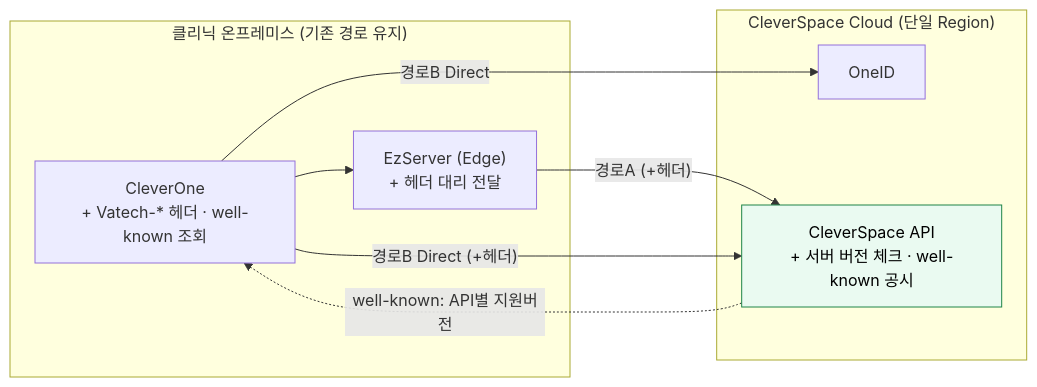
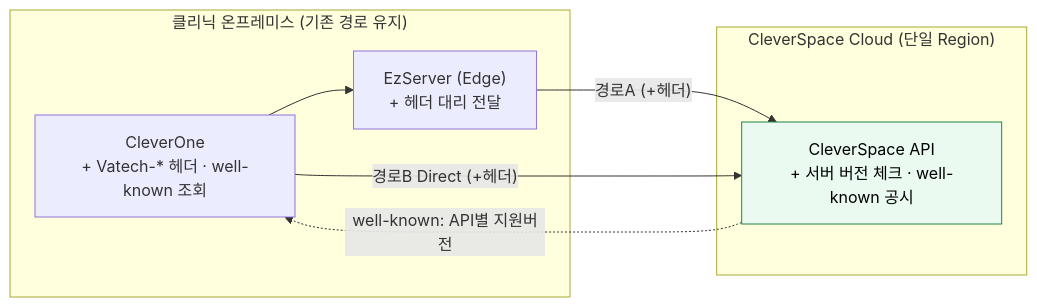
Before and after one commit to gracegyu/scp-architecture: the eighth of 14 diagrams in docs/VT_API_Gateway/08.VT_API_Gateway/VT API Gateway — PRD (v2)/VT API Gateway — 개발 Roadmap 결정.md, drawn with Mermaid. The commit also changed other lines of this file and 17 other files, not shown here.

````diff
--- a/docs/VT_API_Gateway/08.VT_API_Gateway/VT API Gateway — PRD (v2)/VT API Gateway — 개발 Roadmap 결정.md
+++ b/docs/VT_API_Gateway/08.VT_API_Gateway/VT API Gateway — PRD (v2)/VT API Gateway — 개발 Roadmap 결정.md
@@ -418,20 +413,18 @@
 ```mermaid
 flowchart LR
     subgraph CLINIC["클리닉 온프레미스 (기존 경로 유지)"]
         CO["CleverOne<br/>+ Vatech-* 헤더 · well-known 조회"]
         EZ["EzServer (Edge)<br/>+ 헤더 대리 전달"]
         CO --> EZ
     end
     subgraph CLOUD["CleverSpace Cloud (단일 Region)"]
-        OID["OneID"]
         CS["CleverSpace API<br/>+ 서버 버전 체크 · well-known 공시"]
     end
 
     EZ -->|"경로A (+헤더)"| CS
     CO -->|"경로B Direct (+헤더)"| CS
-    CO -->|"경로B Direct"| OID
     CS -.->|"well-known: API별 지원버전"| CO
 
     classDef new fill:#eafaf1,stroke:#1e8449,color:#000;
     class CS new;
 ```
````
